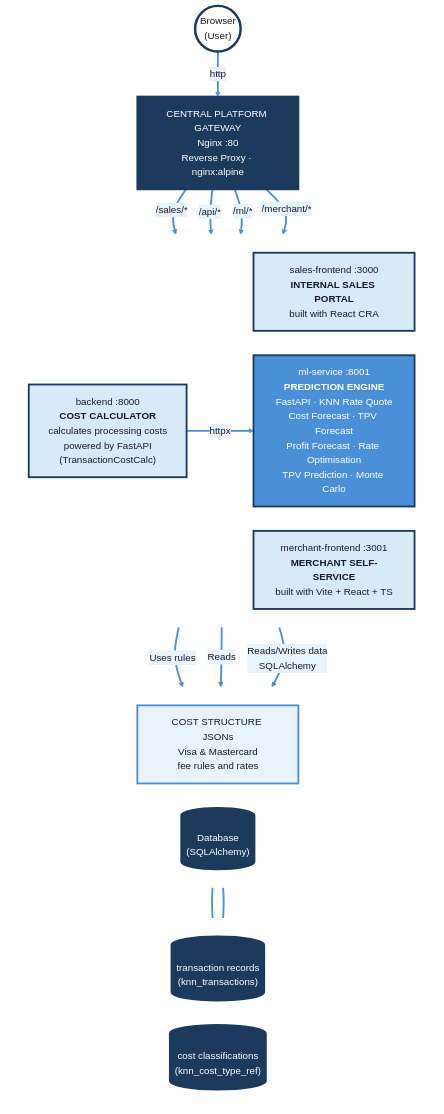
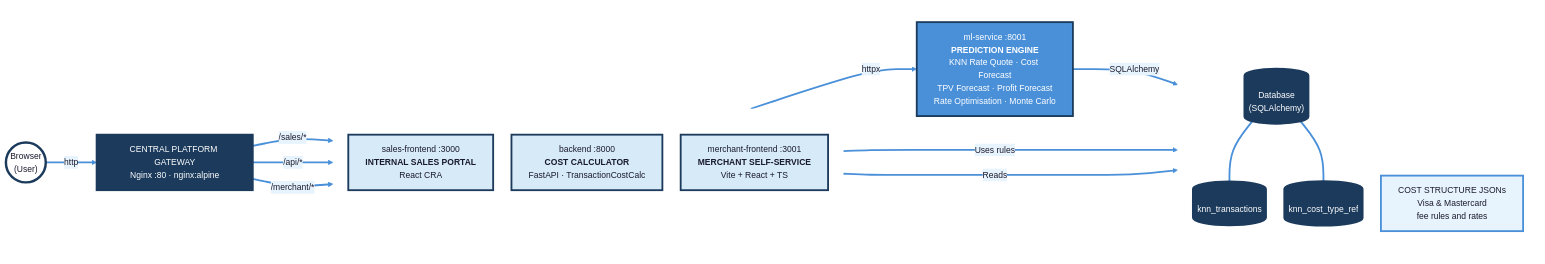
The first of 11 diagrams in ARCHITECTURE.md (Yattmeo/404_found_us), drawn with Mermaid before and after one commit.

Commit message:
minor edits

````diff
--- a/ARCHITECTURE.md
+++ b/ARCHITECTURE.md
@@ -5,61 +5,59 @@
 ```mermaid
-%%{init: {'theme': 'base', 'themeVariables': { 'primaryColor': '#D6EAF8', 'primaryTextColor': '#1a1a2e', 'primaryBorderColor': '#4A90D9', 'lineColor': '#4A90D9', 'secondaryColor': '#E8F4FD', 'tertiaryColor': '#F5FAFF', 'fontFamily': 'Segoe UI, sans-serif', 'fontSize': '16px' }, 'flowchart': { 'nodeSpacing': 40, 'rankSpacing': 50, 'padding': 16 }}}%%
-graph TB
+%%{init: {'theme': 'base', 'themeVariables': { 'primaryColor': '#D6EAF8', 'primaryTextColor': '#1a1a2e', 'primaryBorderColor': '#4A90D9', 'lineColor': '#4A90D9', 'secondaryColor': '#E8F4FD', 'tertiaryColor': '#F5FAFF', 'fontFamily': 'Segoe UI, sans-serif', 'fontSize': '14px' }, 'flowchart': { 'nodeSpacing': 30, 'rankSpacing': 60, 'padding': 14 }}}%%
+graph LR
     USER(("Browser<br/>(User)"))
 
     USER -->|http| NG
 
-    NG["CENTRAL PLATFORM GATEWAY<br/>Nginx :80<br/>Reverse Proxy · nginx:alpine"]
+    NG["CENTRAL PLATFORM GATEWAY<br/>Nginx :80 · nginx:alpine"]
 
     NG -->|"/sales/*"| FE
     NG -->|"/api/*"| BE
-    NG -->|"/ml/*"| MLS
     NG -->|"/merchant/*"| MFE
 
     subgraph Services["  "]
-        direction LR
-        FE["sales-frontend :3000<br/><b>INTERNAL SALES PORTAL</b><br/>built with React CRA"]
-        BE["backend :8000<br/><b>COST CALCULATOR</b><br/>calculates processing costs<br/>powered by FastAPI<br/>(TransactionCostCalc)"]
-        MLS["ml-service :8001<br/><b>PREDICTION ENGINE</b><br/>FastAPI · KNN Rate Quote<br/>Cost Forecast · TPV Forecast<br/>Profit Forecast · Rate Optimisation<br/>TPV Prediction · Monte Carlo"]
-        MFE["merchant-frontend :3001<br/><b>MERCHANT SELF-SERVICE</b><br/>built with Vite + React + TS"]
+        direction TB
+        FE["sales-frontend :3000<br/><b>INTERNAL SALES PORTAL</b><br/>React CRA"]
+        BE["backend :8000<br/><b>COST CALCULATOR</b><br/>FastAPI · TransactionCostCalc"]
+        MFE["merchant-frontend :3001<br/><b>MERCHANT SELF-SERVICE</b><br/>Vite + React + TS"]
     end
 
     BE -->|httpx| MLS
 
+    subgraph MLBlock["  "]
+        MLS["ml-service :8001<br/><b>PREDICTION ENGINE</b><br/>KNN Rate Quote · Cost Forecast<br/>TPV Forecast · Profit Forecast<br/>Rate Optimisation · Monte Carlo"]
+    end
+
+    MLS -->|SQLAlchemy| DB
+
+    subgraph DataBlock["  "]
+        direction TB
+        DB[("Database<br/>(SQLAlchemy)")]
+        CS["COST STRUCTURE JSONs<br/>Visa & Mastercard<br/>fee rules and rates"]
+        DB1[("knn_transactions")]
+        DB2[("knn_cost_type_ref")]
+    end
+
     BE -->|Uses rules| CS
     BE -->|Reads| DB
-    MLS -->|Reads/Writes data<br/>SQLAlchemy| DB
-
-    subgraph Data["  "]
-        direction LR
-        CS["COST STRUCTURE JSONs<br/>Visa & Mastercard<br/>fee rules and rates"]
-        DB[("Database<br/>(SQLAlchemy)")]
-    end
-
-    subgraph Tables["  "]
-        direction LR
-        DB1[("transaction records<br/>(knn_transactions)")]
-        DB2[("cost classifications<br/>(knn_cost_type_ref)")]
-    end
-
     DB --- DB1
     DB --- DB2
 
     style USER fill:#ffffff,stroke:#1B3A5C,stroke-width:4px,color:#1a1a2e
     style NG fill:#1B3A5C,stroke:#1B3A5C,stroke-width:3px,color:#ffffff
     style Services fill:#ffffff,stroke:#ffffff,stroke-width:0px
-    style Data fill:#ffffff,stroke:#ffffff,stroke-width:0px
-    style Tables fill:#ffffff,stroke:#ffffff,stroke-width:0px
+    style MLBlock fill:#ffffff,stroke:#ffffff,stroke-width:0px
+    style DataBlock fill:#ffffff,stroke:#ffffff,stroke-width:0px
 
     style FE fill:#D6EAF8,stroke:#1B3A5C,stroke-width:3px,color:#1a1a2e
     style BE fill:#D6EAF8,stroke:#1B3A5C,stroke-width:3px,color:#1a1a2e
     style MLS fill:#4A90D9,stroke:#1B3A5C,stroke-width:3px,color:#ffffff
     style MFE fill:#D6EAF8,stroke:#1B3A5C,stroke-width:3px,color:#1a1a2e
 
     style CS fill:#E8F4FD,stroke:#4A90D9,stroke-width:3px,color:#1a1a2e
     style DB fill:#1B3A5C,stroke:#1B3A5C,stroke-width:3px,color:#ffffff
     style DB1 fill:#1B3A5C,stroke:#1B3A5C,stroke-width:3px,color:#ffffff
     style DB2 fill:#1B3A5C,stroke:#1B3A5C,stroke-width:3px,color:#ffffff
 
     linkStyle default stroke:#4A90D9,stroke-width:3px
 ```
````
